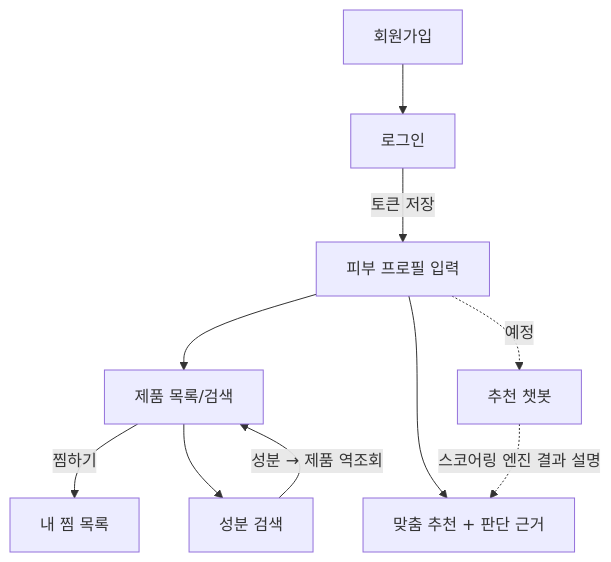
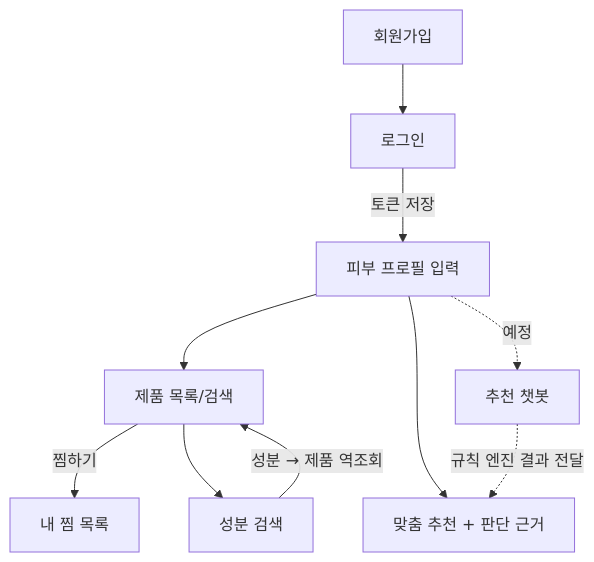
One commit to changlike/ChaeInG_project changed the first of 2 diagrams in docs/user-flow.md. Above: the diagram before and after it, drawn with Mermaid. The commit also changed 8 other files, not shown here.

````diff
--- a/docs/user-flow.md
+++ b/docs/user-flow.md
@@ -20,12 +20,12 @@
 ```mermaid
 flowchart TD
     A[회원가입] --> B[로그인]
     B -->|토큰 저장| C[피부 프로필 입력]
     C --> D[제품 목록/검색]
     D -->|찜하기| E[내 찜 목록]
     D --> F[성분 검색]
     F -->|성분 → 제품 역조회| D
     C --> H[맞춤 추천 + 판단 근거]
     C -.->|예정| G[추천 챗봇]
-    G -.->|스코어링 엔진 결과 설명| H
+    G -.->|규칙 엔진 결과 전달| H
 ```
````
